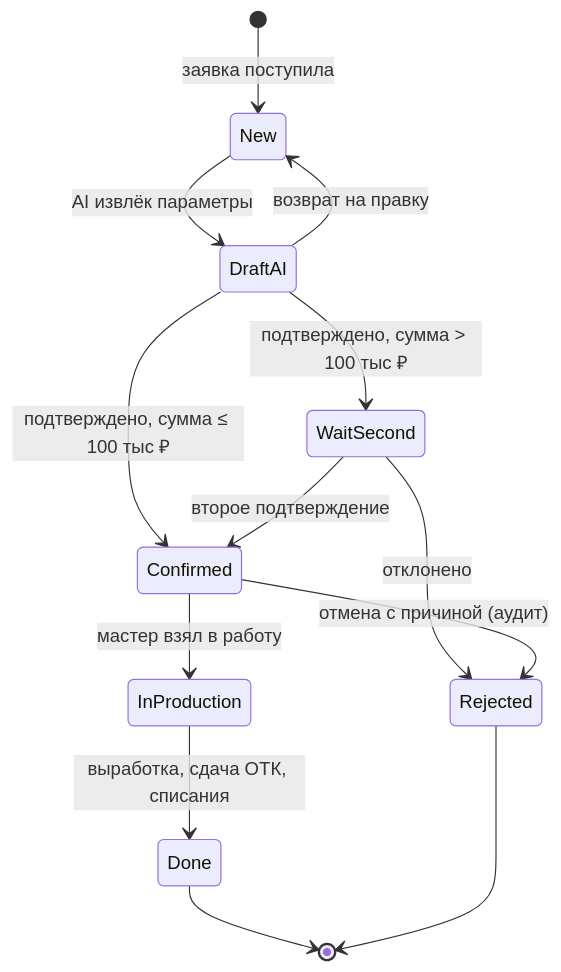
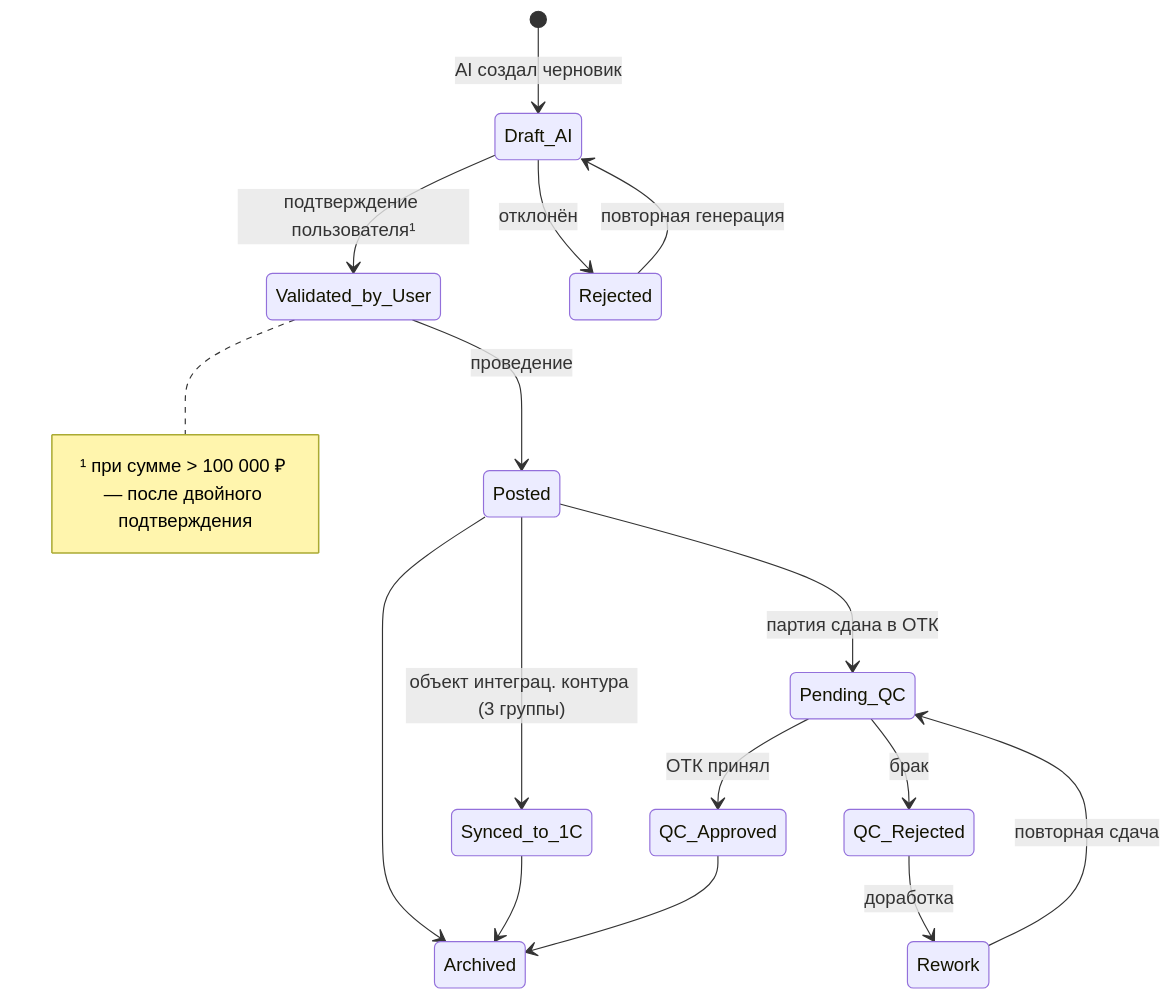
One commit to andrzejabramov/ai-kbm changed the third of 3 diagrams in docs/03-document3.md. Above: the diagram before and after it, drawn with Mermaid. The commit also changed other lines of this file and 1 other file, not shown here.

````diff
--- a/docs/03-document3.md
+++ b/docs/03-document3.md
@@ -224,15 +176,18 @@
 ```mermaid
 stateDiagram-v2
-    [*] --> New : заявка поступила
-    New --> DraftAI : AI извлёк параметры
-    DraftAI --> New : возврат на правку
-    DraftAI --> WaitSecond : подтверждено, сумма > 100 тыс ₽
-    DraftAI --> Confirmed : подтверждено, сумма ≤ 100 тыс ₽
-    WaitSecond --> Confirmed : второе подтверждение
-    WaitSecond --> Rejected : отклонено
-    Confirmed --> InProduction : мастер взял в работу
-    InProduction --> Done : выработка, сдача ОТК, списания
-    Confirmed --> Rejected : отмена с причиной (аудит)
-    Done --> [*]
-    Rejected --> [*]
+    [*] --> Draft_AI : AI создал черновик
+    Draft_AI --> Validated_by_User : подтверждение пользователя¹
+    Draft_AI --> Rejected : отклонён
+    Rejected --> Draft_AI : повторная генерация
+    Validated_by_User --> Posted : проведение
+    Posted --> Synced_to_1C : объект интеграц. контура (3 группы)
+    Posted --> Pending_QC : партия сдана в ОТК
+    Posted --> Archived
+    Synced_to_1C --> Archived
+    Pending_QC --> QC_Approved : ОТК принял
+    Pending_QC --> QC_Rejected : брак
+    QC_Rejected --> Rework : доработка
+    Rework --> Pending_QC : повторная сдача
+    QC_Approved --> Archived
+    note right of Validated_by_User : ¹ при сумме > 100 000 ₽ — после двойного подтверждения
 ```
````
